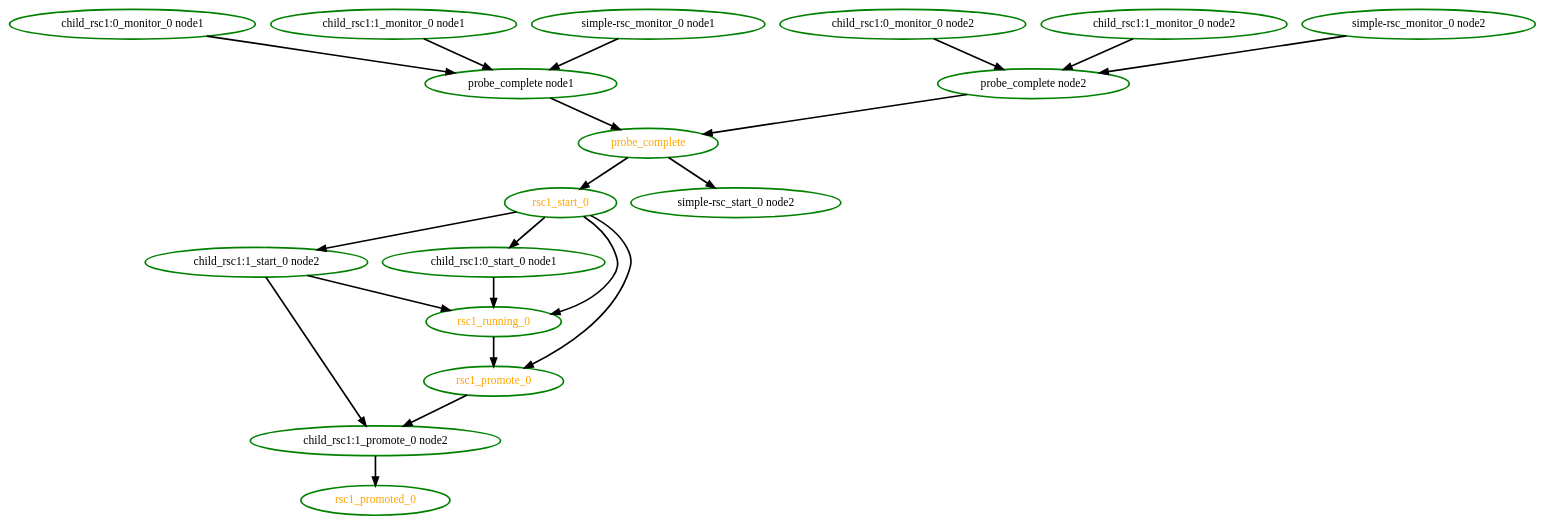
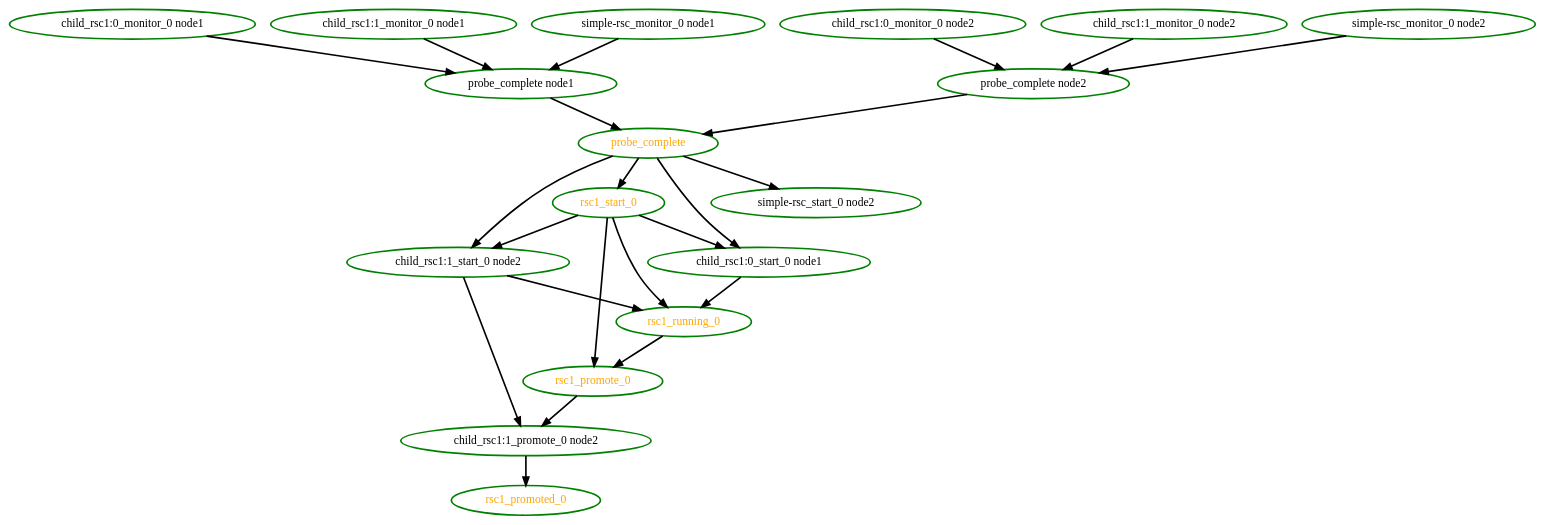
Before and after one commit to linux-ha-japan/pm_diskd: the diagram in pengine/testcases/master-11.dot, drawn with Graphviz. The commit also changed 75 other files, not shown here.

Commit message:
High: PE: Bug PM-11 - Directly link probe_complete to starting clone instances Also prevented the erroneous setting of rsc->role = Slave (when the resource was actually stopped) to remove any posibilty of it causing problems.

```diff
--- a/pengine/testcases/master-11.dot
+++ b/pengine/testcases/master-11.dot
@@ -1,39 +1,41 @@
  digraph "g" {
 "child_rsc1:0_monitor_0 node1" -> "probe_complete node1" [ style = bold]
 "child_rsc1:0_monitor_0 node1" [ style=bold color="green" fontcolor="black" ]
 "child_rsc1:0_monitor_0 node2" -> "probe_complete node2" [ style = bold]
 "child_rsc1:0_monitor_0 node2" [ style=bold color="green" fontcolor="black" ]
 "child_rsc1:0_start_0 node1" -> "rsc1_running_0" [ style = bold]
 "child_rsc1:0_start_0 node1" [ style=bold color="green" fontcolor="black" ]
 "child_rsc1:1_monitor_0 node1" -> "probe_complete node1" [ style = bold]
 "child_rsc1:1_monitor_0 node1" [ style=bold color="green" fontcolor="black" ]
 "child_rsc1:1_monitor_0 node2" -> "probe_complete node2" [ style = bold]
 "child_rsc1:1_monitor_0 node2" [ style=bold color="green" fontcolor="black" ]
 "child_rsc1:1_promote_0 node2" -> "rsc1_promoted_0" [ style = bold]
 "child_rsc1:1_promote_0 node2" [ style=bold color="green" fontcolor="black" ]
 "child_rsc1:1_start_0 node2" -> "child_rsc1:1_promote_0 node2" [ style = bold]
 "child_rsc1:1_start_0 node2" -> "rsc1_running_0" [ style = bold]
 "child_rsc1:1_start_0 node2" [ style=bold color="green" fontcolor="black" ]
 "probe_complete node1" -> "probe_complete" [ style = bold]
 "probe_complete node1" [ style=bold color="green" fontcolor="black" ]
 "probe_complete node2" -> "probe_complete" [ style = bold]
 "probe_complete node2" [ style=bold color="green" fontcolor="black" ]
+"probe_complete" -> "child_rsc1:0_start_0 node1" [ style = bold]
+"probe_complete" -> "child_rsc1:1_start_0 node2" [ style = bold]
 "probe_complete" -> "rsc1_start_0" [ style = bold]
 "probe_complete" -> "simple-rsc_start_0 node2" [ style = bold]
 "probe_complete" [ style=bold color="green" fontcolor="orange" ]
 "rsc1_promote_0" -> "child_rsc1:1_promote_0 node2" [ style = bold]
 "rsc1_promote_0" [ style=bold color="green" fontcolor="orange" ]
 "rsc1_promoted_0" [ style=bold color="green" fontcolor="orange" ]
 "rsc1_running_0" -> "rsc1_promote_0" [ style = bold]
 "rsc1_running_0" [ style=bold color="green" fontcolor="orange" ]
 "rsc1_start_0" -> "child_rsc1:0_start_0 node1" [ style = bold]
 "rsc1_start_0" -> "child_rsc1:1_start_0 node2" [ style = bold]
 "rsc1_start_0" -> "rsc1_promote_0" [ style = bold]
 "rsc1_start_0" -> "rsc1_running_0" [ style = bold]
 "rsc1_start_0" [ style=bold color="green" fontcolor="orange" ]
 "simple-rsc_monitor_0 node1" -> "probe_complete node1" [ style = bold]
 "simple-rsc_monitor_0 node1" [ style=bold color="green" fontcolor="black" ]
 "simple-rsc_monitor_0 node2" -> "probe_complete node2" [ style = bold]
 "simple-rsc_monitor_0 node2" [ style=bold color="green" fontcolor="black" ]
 "simple-rsc_start_0 node2" [ style=bold color="green" fontcolor="black" ]
 }
```
